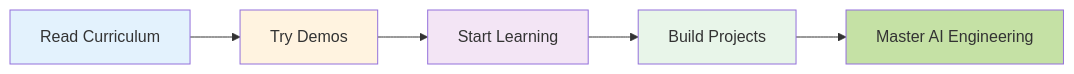
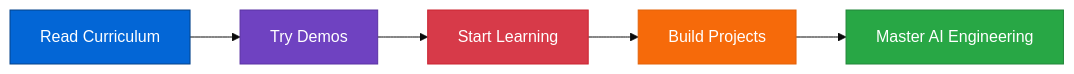
Before and after one commit to nexageapps/AI: diagram 21 of 21 in README.md, drawn with Mermaid. The commit also changed other lines of this file and 1 other file, not shown here.

````diff
--- a/README.md
+++ b/README.md
@@ -781,13 +789,14 @@
 ```mermaid
+%%{init: {'theme':'base', 'themeVariables': {'primaryColor':'#0366d6','primaryTextColor':'#fff','primaryBorderColor':'#0366d6'}}}%%
 graph LR
     A[Read Curriculum] --> B[Try Demos]
     B --> C[Start Learning]
     C --> D[Build Projects]
     D --> E[Master AI Engineering]
     
-    style A fill:#e3f2fd
-    style B fill:#fff3e0
-    style C fill:#f3e5f5
-    style D fill:#e8f5e9
-    style E fill:#c5e1a5
+    style A fill:#0366d6,stroke:#044289,color:#fff
+    style B fill:#6f42c1,stroke:#5a32a3,color:#fff
+    style C fill:#d73a49,stroke:#cb2431,color:#fff
+    style D fill:#f66a0a,stroke:#e36209,color:#fff
+    style E fill:#28a745,stroke:#22863a,color:#fff
 ```
````
